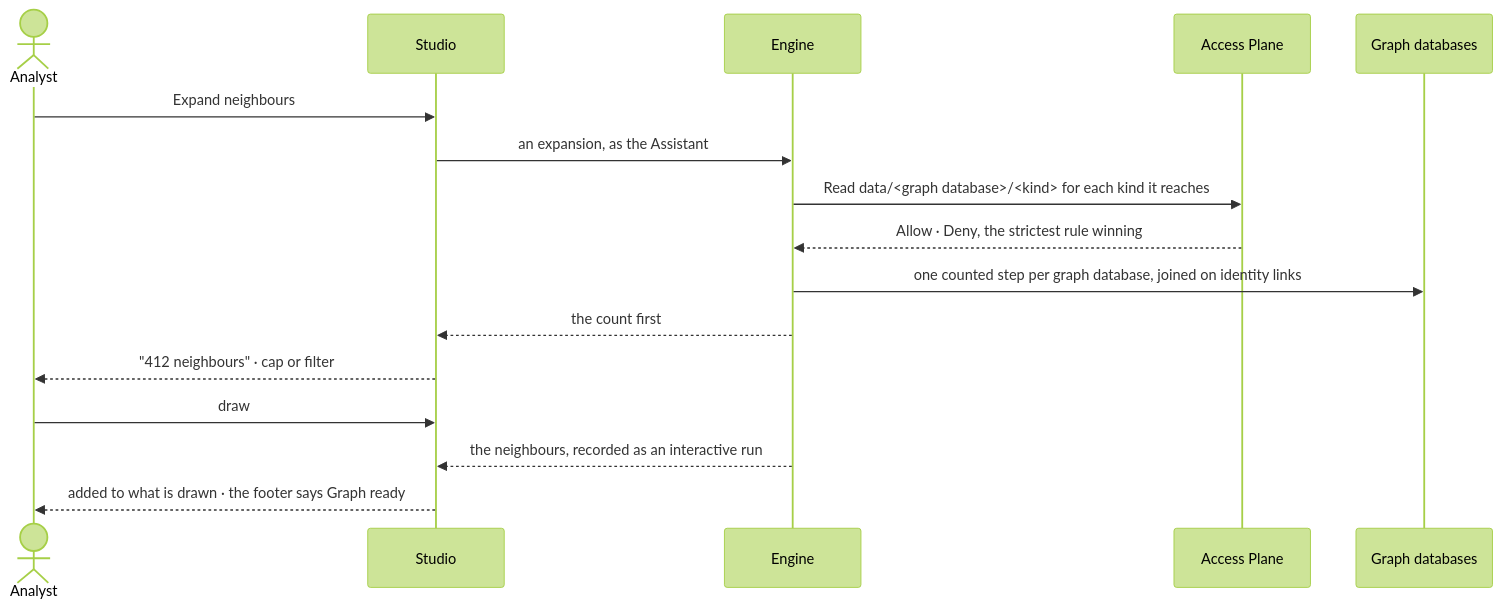
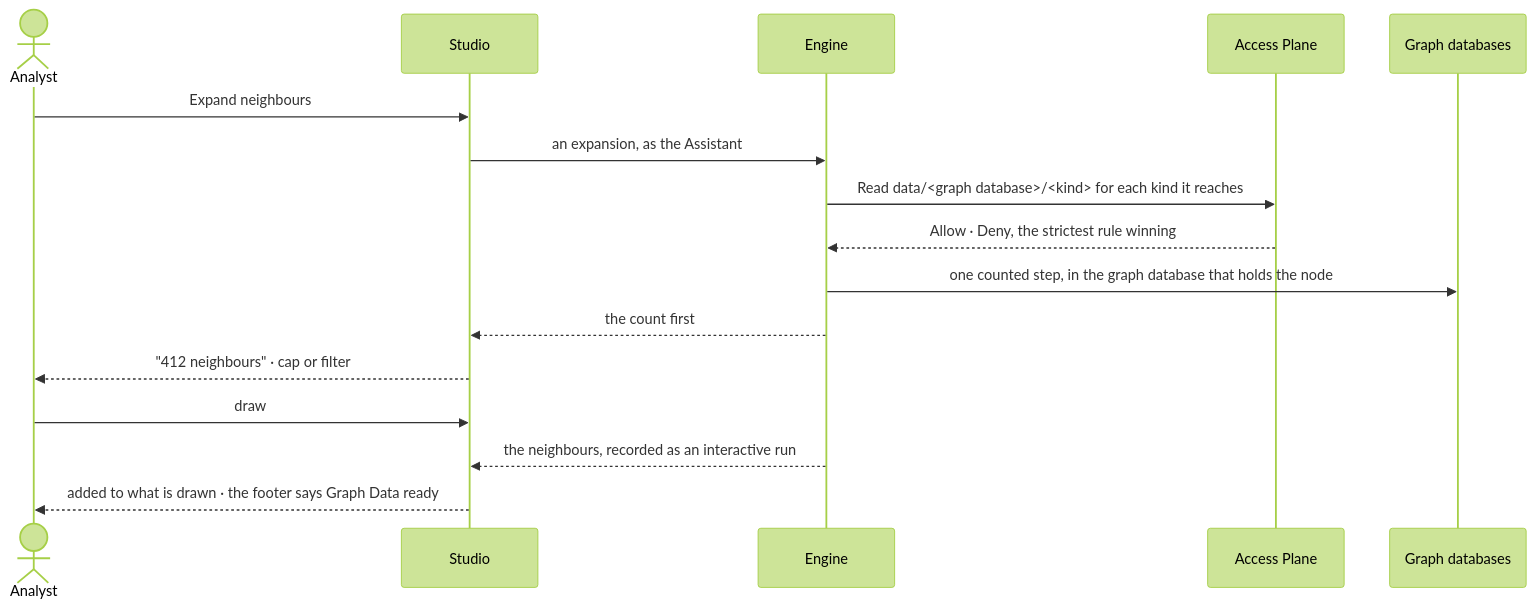
Before and after one commit to invana/invana: the second of 2 diagrams in specs/capabilities/explore/features/EX-F01-the-board-and-its-canvas/feature.md, drawn with Mermaid (forest theme). The commit also changed other lines of this file and 456 other files, not shown here.

````diff
--- a/specs/capabilities/explore/features/EX-F01-the-board-and-its-canvas/feature.md
+++ b/specs/capabilities/explore/features/EX-F01-the-board-and-its-canvas/feature.md
@@ -50,18 +52,18 @@
 ```mermaid
 sequenceDiagram
   actor P as Analyst
   participant S as Studio
   participant E as Engine
   participant X as Access Plane
   participant G as Graph databases
   P->>S: Expand neighbours
   S->>E: an expansion, as the Assistant
   E->>X: Read data/<graph database>/<kind> for each kind it reaches
   X-->>E: Allow · Deny, the strictest rule winning
-  E->>G: one counted step per graph database, joined on identity links
+  E->>G: one counted step, in the graph database that holds the node
   E-->>S: the count first
   S-->>P: "412 neighbours" · cap or filter
   P->>S: draw
   E-->>S: the neighbours, recorded as an interactive run
-  S-->>P: added to what is drawn · the footer says Graph ready
+  S-->>P: added to what is drawn · the footer says Graph Data ready
 ```
````
